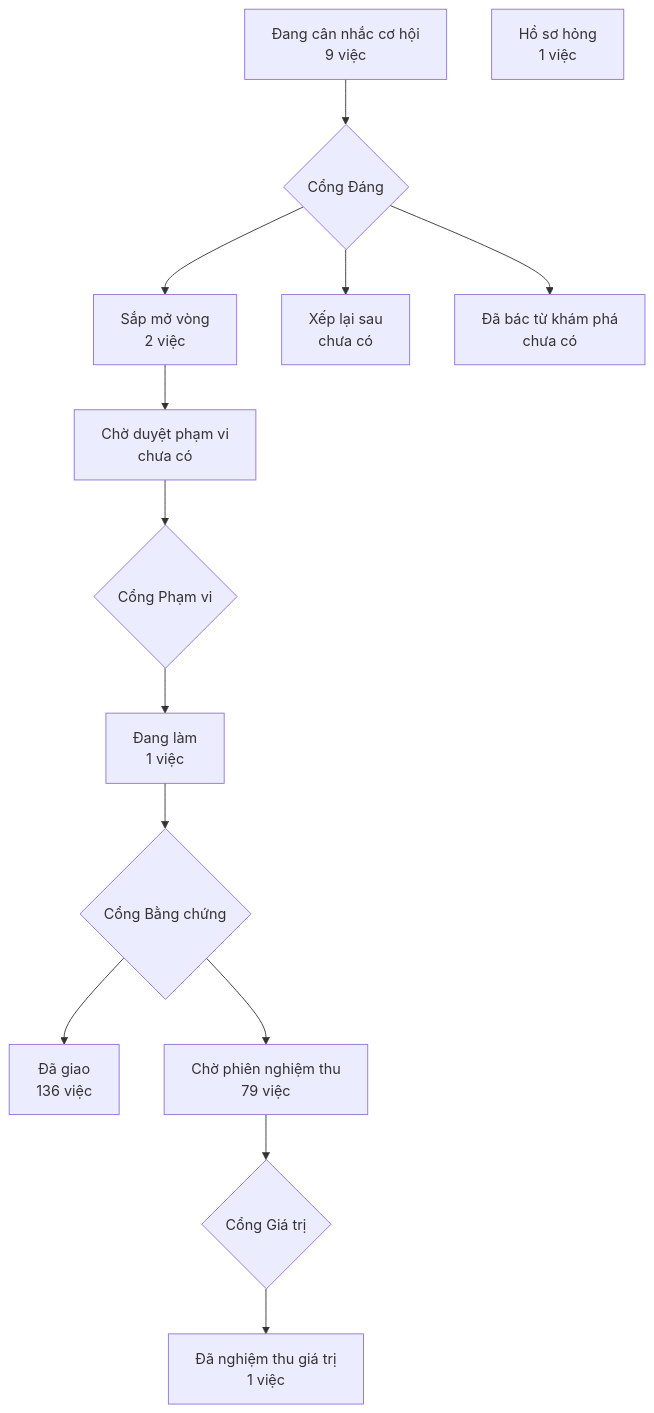
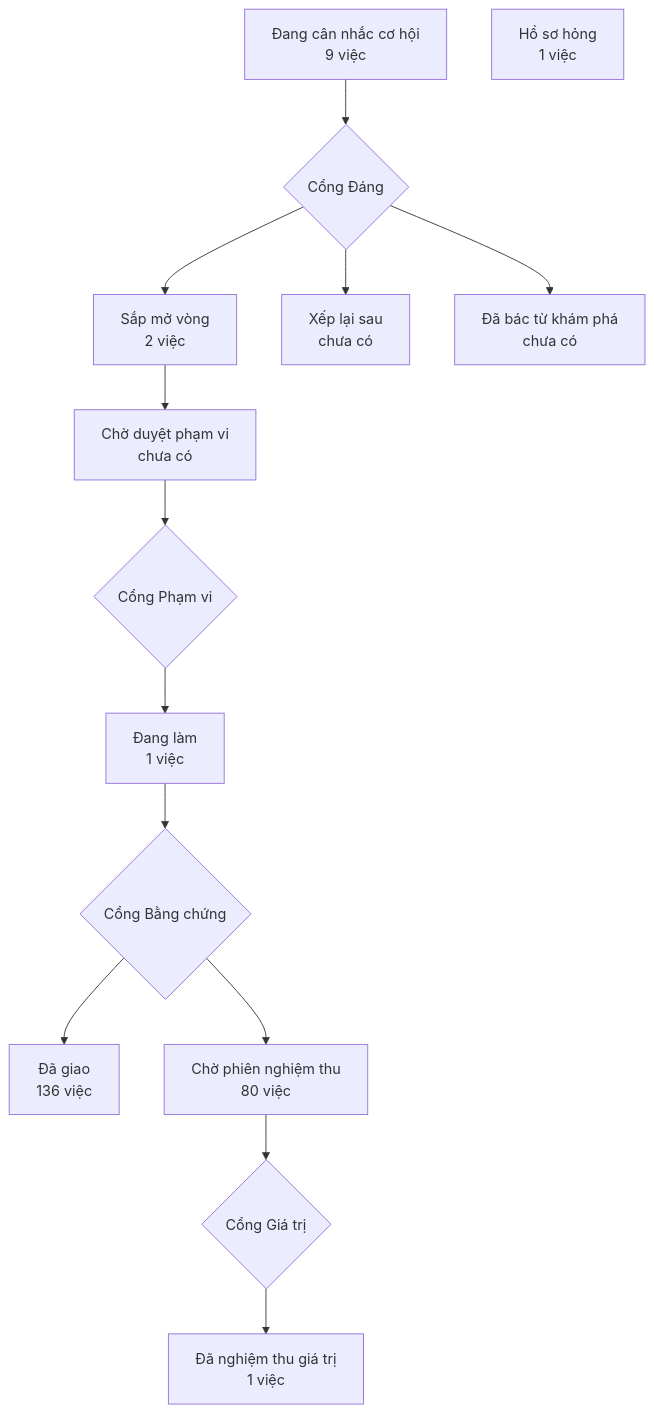
Before and after one commit to phanlemanh/crm-onehub: the diagram in PRODUCT-MAP.md, drawn with Mermaid. The commit also changed 1 other file, not shown here.

Commit message:
chore: vẽ lại bản đồ sản phẩm và lộ trình sau gộp onehub 1226a5f1

````diff
--- a/PRODUCT-MAP.md
+++ b/PRODUCT-MAP.md
@@ -7,13 +7,13 @@
 ```mermaid
 flowchart TD
   A["Đang cân nhắc cơ hội<br/>9 việc"] --> GD{"Cổng Đáng"}
   GD --> B["Sắp mở vòng<br/>2 việc"]
   GD --> XL["Xếp lại sau<br/>chưa có"]
   GD --> DB["Đã bác từ khám phá<br/>chưa có"]
   B --> CD["Chờ duyệt phạm vi<br/>chưa có"] --> GP{"Cổng Phạm vi"}
   GP --> DL["Đang làm<br/>1 việc"] --> GB{"Cổng Bằng chứng"}
   GB --> DG["Đã giao<br/>136 việc"]
-  GB --> CN["Chờ phiên nghiệm thu<br/>79 việc"] --> GG{"Cổng Giá trị"}
+  GB --> CN["Chờ phiên nghiệm thu<br/>80 việc"] --> GG{"Cổng Giá trị"}
   GG --> NT["Đã nghiệm thu giá trị<br/>1 việc"]
   HS["Hồ sơ hỏng<br/>1 việc"]
 ```
````
